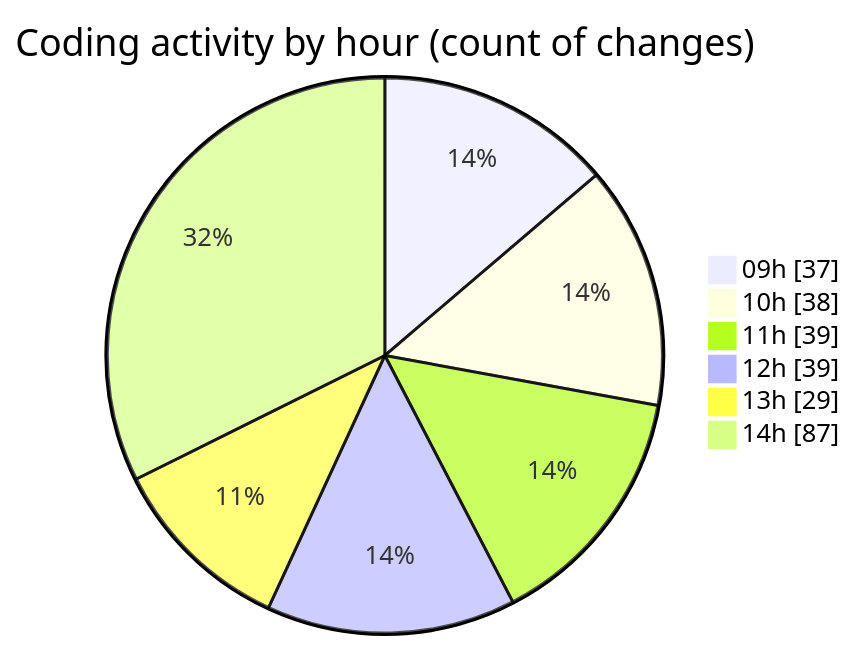
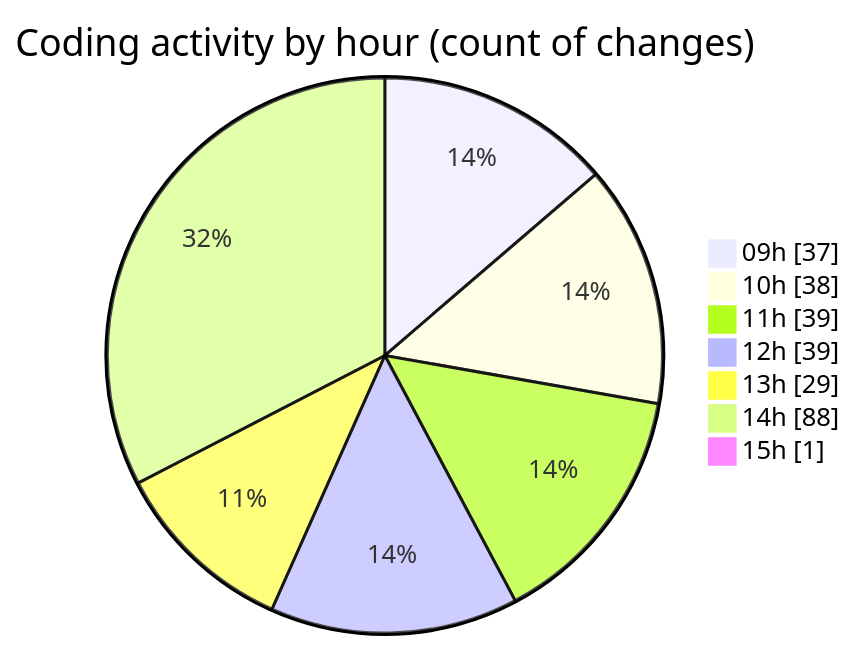
The second of 2 diagrams in 2025-02-12/cda/README.md (momahboobian/code-tracking), drawn with Mermaid before and after one commit. The commit also changed other lines of this file and 1 other file, not shown here.

````diff
--- a/2025-02-12/cda/README.md
+++ b/2025-02-12/cda/README.md
@@ -40,10 +40,11 @@
 ```mermaid
 pie showData
 title Coding activity by hour (count of changes)
 "09h" : 37
 "10h" : 38
 "11h" : 39
 "12h" : 39
 "13h" : 29
-"14h" : 87
+"14h" : 88
+"15h" : 1
 ```
````
